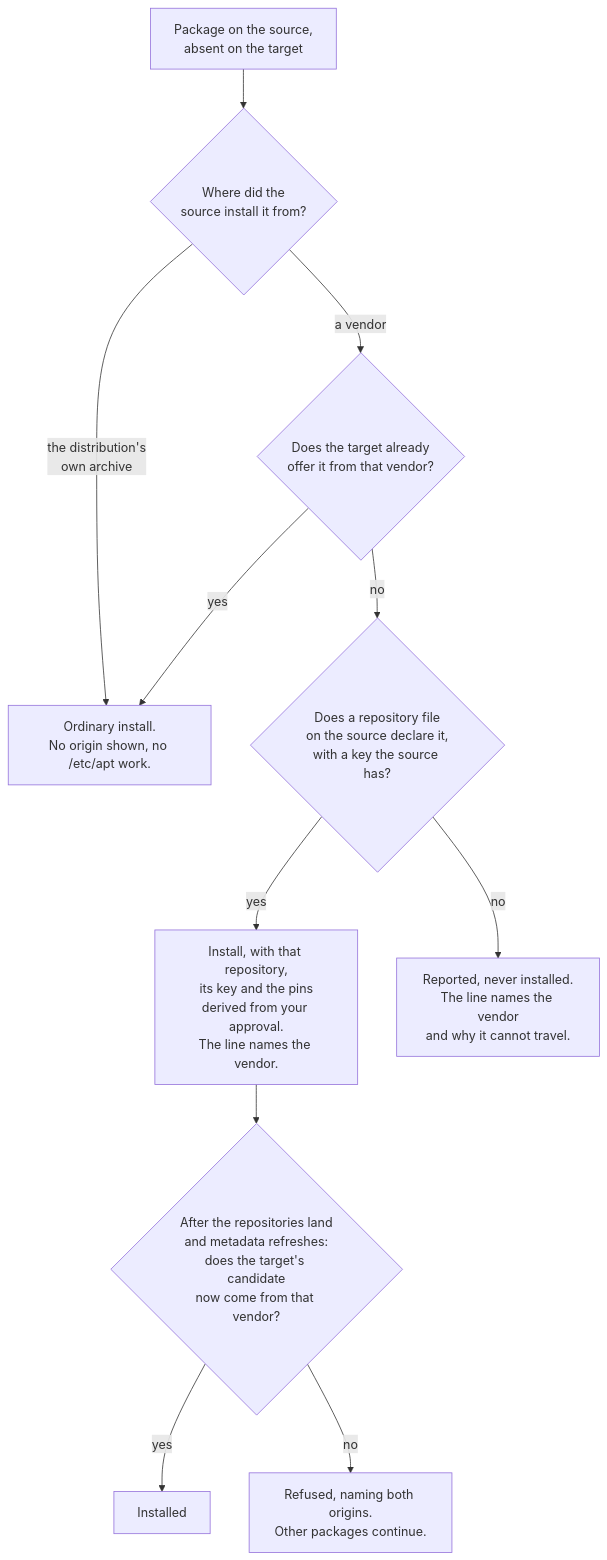
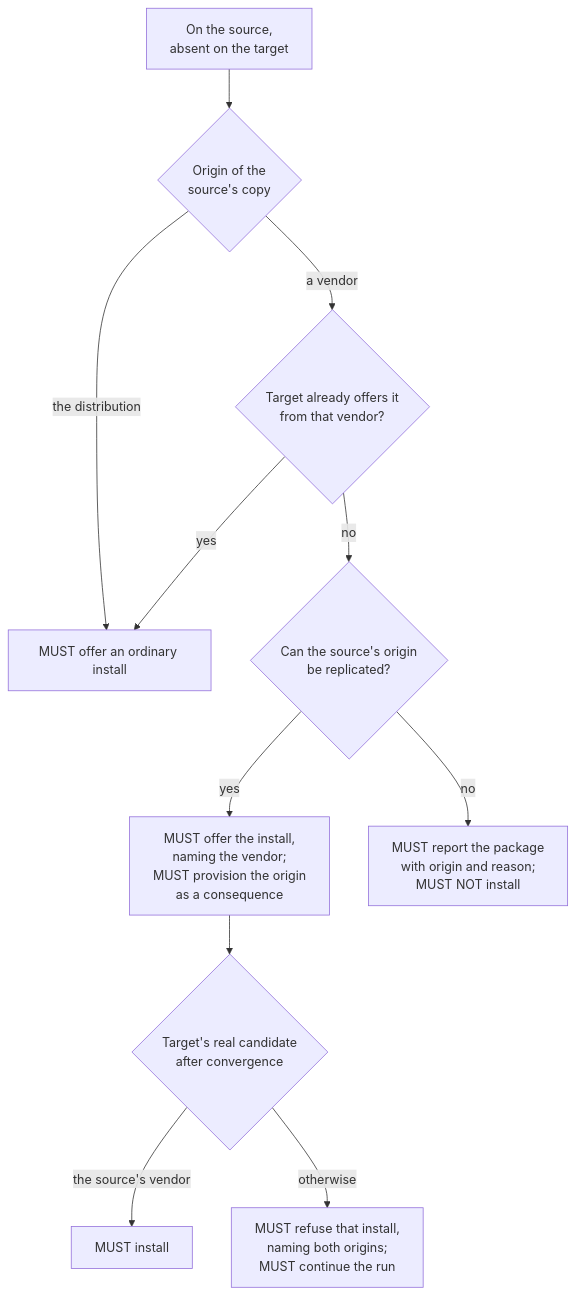
The diagram in docs/planning/Package sync requirements.md (flaksit/pc-switcher), drawn with Mermaid before and after one commit. The commit also changed other lines of this file and 3 other files, not shown here.

First line of the commit message:
docs(packages): state package sync as requirements, not as a product tour

````diff
--- a/docs/planning/Package sync requirements.md
+++ b/docs/planning/Package sync requirements.md
@@ -122,13 +73,13 @@
 ```mermaid
 flowchart TD
-    A["Package on the source,<br/>absent on the target"] --> B{"Where did the<br/>source install it from?"}
-    B -->|"the distribution's<br/>own archive"| C["Ordinary install.<br/>No origin shown, no /etc/apt work."]
-    B -->|"a vendor"| D{"Does the target already<br/>offer it from that vendor?"}
+    A["On the source,<br/>absent on the target"] --> B{"Origin of the<br/>source's copy"}
+    B -->|"the distribution"| C["MUST offer an ordinary install"]
+    B -->|"a vendor"| D{"Target already offers it<br/>from that vendor?"}
     D -->|yes| C
-    D -->|no| E{"Does a repository file<br/>on the source declare it,<br/>with a key the source has?"}
-    E -->|yes| F["Install, with that repository,<br/>its key and the pins<br/>derived from your approval.<br/>The line names the vendor."]
-    E -->|no| G["Reported, never installed.<br/>The line names the vendor<br/>and why it cannot travel."]
-    F --> H{"After the repositories land<br/>and metadata refreshes:<br/>does the target's candidate<br/>now come from that vendor?"}
-    H -->|yes| I["Installed"]
-    H -->|no| J["Refused, naming both origins.<br/>Other packages continue."]
+    D -->|no| E{"Can the source's origin<br/>be replicated?"}
+    E -->|yes| F["MUST offer the install,<br/>naming the vendor;<br/>MUST provision the origin<br/>as a consequence"]
+    E -->|no| G["MUST report the package<br/>with origin and reason;<br/>MUST NOT install"]
+    F --> H{"Target's real candidate<br/>after convergence"}
+    H -->|"the source's vendor"| I["MUST install"]
+    H -->|otherwise| J["MUST refuse that install,<br/>naming both origins;<br/>MUST continue the run"]
 ```
````
